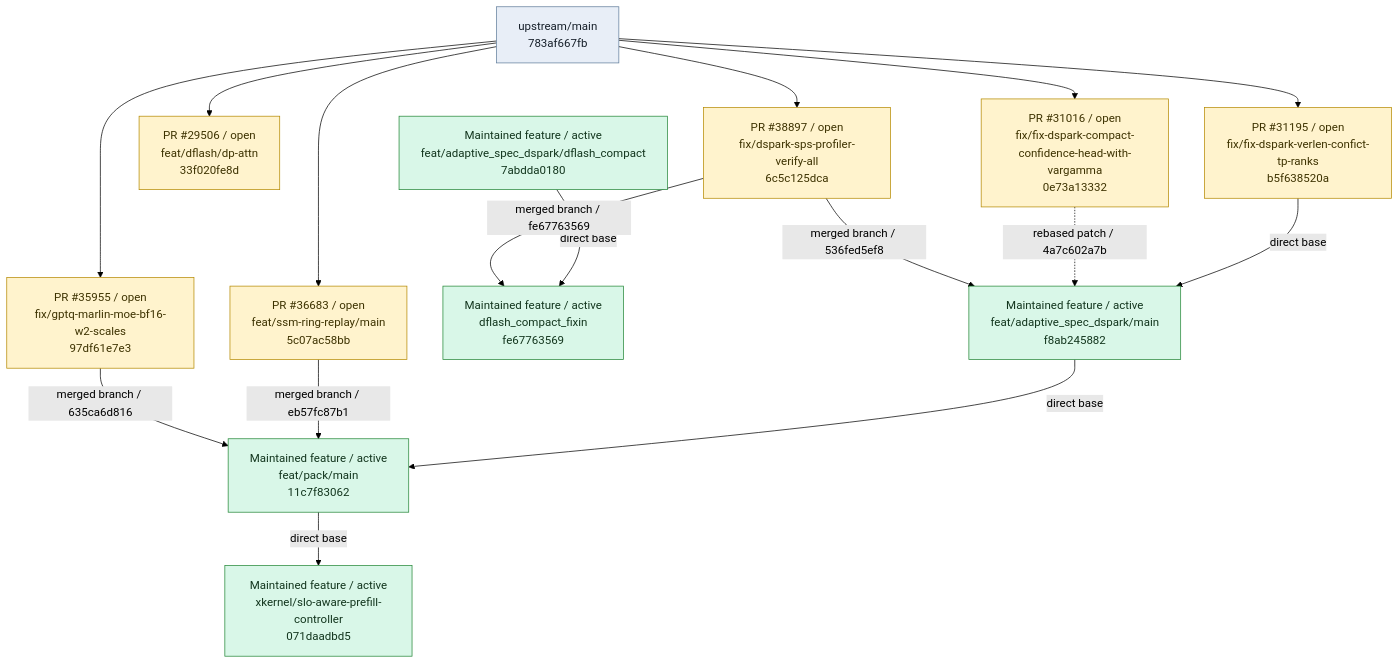
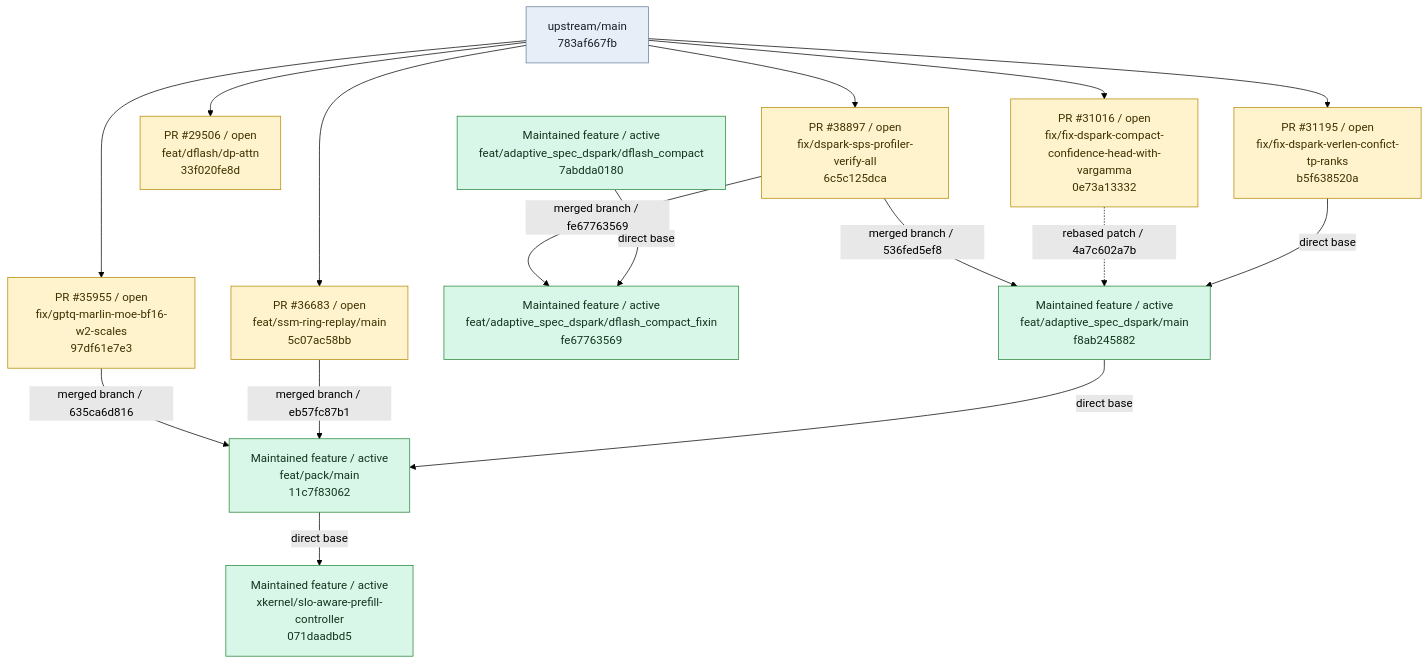
One commit to EanWang211123/sglang changed the first of 5 diagrams in BRANCH_GRAPH.md. Above: the diagram before and after it, drawn with Mermaid (forest theme). The commit also changed other lines of this file and 3 other files, not shown here.

Commit message:
docs(registry): rename DFlash compact fix branch

````diff
--- a/BRANCH_GRAPH.md
+++ b/BRANCH_GRAPH.md
@@ -11,47 +11,47 @@
 ```mermaid
 flowchart TD
     base_upstream_main["upstream/main<br/>783af667fb"]
     branch_dspark_compact_ragged_verify["PR #38897 / open<br/>fix/dspark-sps-profiler-verify-all<br/>6c5c125dca"]
     base_upstream_main --> branch_dspark_compact_ragged_verify
     click branch_dspark_compact_ragged_verify "https://github.com/sgl-project/sglang/pull/38897"
     branch_dflash_dp_attn["PR #29506 / open<br/>feat/dflash/dp-attn<br/>33f020fe8d"]
     base_upstream_main --> branch_dflash_dp_attn
     click branch_dflash_dp_attn "https://github.com/sgl-project/sglang/pull/29506"
     branch_dspark_tp_budget_sync["PR #31195 / open<br/>fix/fix-dspark-verlen-confict-tp-ranks<br/>b5f638520a"]
     base_upstream_main --> branch_dspark_tp_budget_sync
     click branch_dspark_tp_budget_sync "https://github.com/sgl-project/sglang/pull/31195"
     branch_dspark_runtime_gamma["PR #31016 / open<br/>fix/fix-dspark-compact-confidence-head-with-vargamma<br/>0e73a13332"]
     base_upstream_main --> branch_dspark_runtime_gamma
     click branch_dspark_runtime_gamma "https://github.com/sgl-project/sglang/pull/31016"
     branch_gptq_marlin_moe_bf16_w2_scales["PR #35955 / open<br/>fix/gptq-marlin-moe-bf16-w2-scales<br/>97df61e7e3"]
     base_upstream_main --> branch_gptq_marlin_moe_bf16_w2_scales
     click branch_gptq_marlin_moe_bf16_w2_scales "https://github.com/sgl-project/sglang/pull/35955"
     branch_replayssm_dflash_dspark["PR #36683 / open<br/>feat/ssm-ring-replay/main<br/>5c07ac58bb"]
     base_upstream_main --> branch_replayssm_dflash_dspark
     click branch_replayssm_dflash_dspark "https://github.com/sgl-project/sglang/pull/36683"
     branch_dflash_compact["Maintained feature / active<br/>feat/adaptive_spec_dspark/dflash_compact<br/>7abdda0180"]
     click branch_dflash_compact "https://github.com/EanWang211123/sglang/tree/feat/adaptive_spec_dspark/dflash_compact"
-    branch_dflash_compact_fixin["Maintained feature / active<br/>dflash_compact_fixin<br/>fe67763569"]
-    click branch_dflash_compact_fixin "https://github.com/EanWang211123/sglang/tree/dflash_compact_fixin"
+    branch_dflash_compact_fixin["Maintained feature / active<br/>feat/adaptive_spec_dspark/dflash_compact_fixin<br/>fe67763569"]
+    click branch_dflash_compact_fixin "https://github.com/EanWang211123/sglang/tree/feat/adaptive_spec_dspark/dflash_compact_fixin"
     branch_dspark_adaptive["Maintained feature / active<br/>feat/adaptive_spec_dspark/main<br/>f8ab245882"]
     click branch_dspark_adaptive "https://github.com/EanWang211123/sglang/tree/feat/adaptive_spec_dspark/main"
     branch_adaptive_dspark_replayssm_gptq_marlin_pack["Maintained feature / active<br/>feat/pack/main<br/>11c7f83062"]
     click branch_adaptive_dspark_replayssm_gptq_marlin_pack "https://github.com/EanWang211123/sglang/tree/feat/pack/main"
     branch_xkernel_slo_aware_prefill_controller["Maintained feature / active<br/>xkernel/slo-aware-prefill-controller<br/>071daadbd5"]
     click branch_xkernel_slo_aware_prefill_controller "https://github.com/EanWang211123/sglang/tree/xkernel/slo-aware-prefill-controller"
     branch_dflash_compact -->|"direct base"| branch_dflash_compact_fixin
     branch_dspark_compact_ragged_verify -->|"merged branch / fe67763569"| branch_dflash_compact_fixin
     branch_dspark_tp_budget_sync -->|"direct base"| branch_dspark_adaptive
     branch_dspark_runtime_gamma -.->|"rebased patch / 4a7c602a7b"| branch_dspark_adaptive
     branch_dspark_compact_ragged_verify -->|"merged branch / 536fed5ef8"| branch_dspark_adaptive
     branch_dspark_adaptive -->|"direct base"| branch_adaptive_dspark_replayssm_gptq_marlin_pack
     branch_replayssm_dflash_dspark -->|"merged branch / eb57fc87b1"| branch_adaptive_dspark_replayssm_gptq_marlin_pack
     branch_gptq_marlin_moe_bf16_w2_scales -->|"merged branch / 635ca6d816"| branch_adaptive_dspark_replayssm_gptq_marlin_pack
     branch_adaptive_dspark_replayssm_gptq_marlin_pack -->|"direct base"| branch_xkernel_slo_aware_prefill_controller
     classDef base fill:#e8eef7,stroke:#607d9b,color:#17202a
     classDef pr fill:#fff3cd,stroke:#b58900,color:#3d3200
     classDef feature fill:#d9f7e8,stroke:#238636,color:#12351d
     class base_upstream_main base
     class branch_dspark_compact_ragged_verify,branch_dflash_dp_attn,branch_dspark_tp_budget_sync,branch_dspark_runtime_gamma,branch_gptq_marlin_moe_bf16_w2_scales,branch_replayssm_dflash_dspark pr
     class branch_dflash_compact,branch_dflash_compact_fixin,branch_dspark_adaptive,branch_adaptive_dspark_replayssm_gptq_marlin_pack,branch_xkernel_slo_aware_prefill_controller feature
 ```
````
